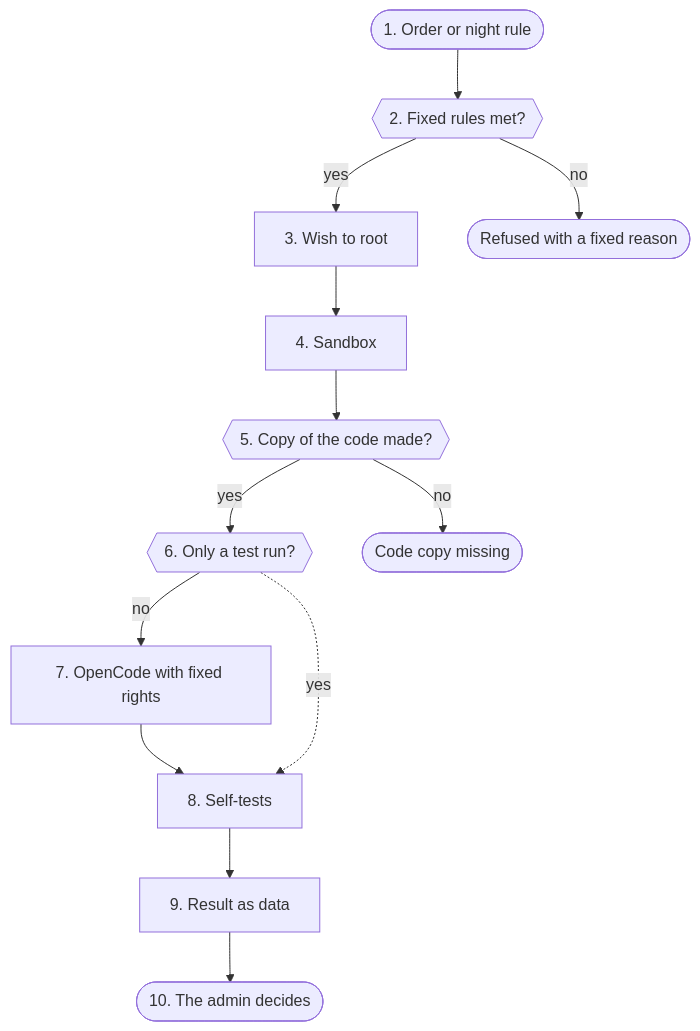
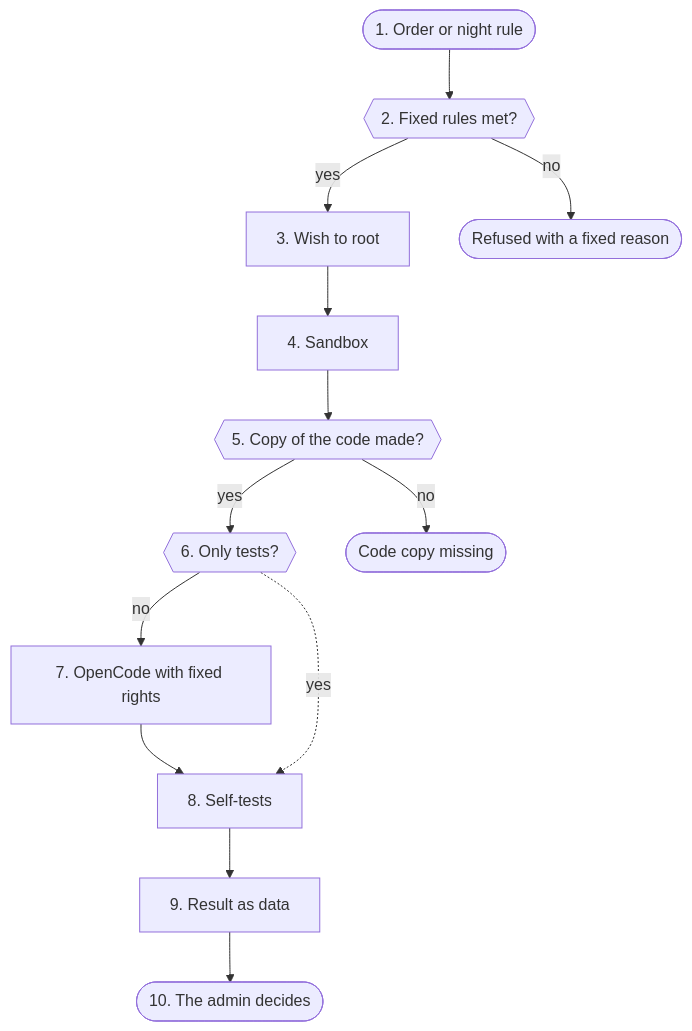
One commit to db9979/speech-on-dgx-spark changed diagram 27 of 28 in docs/en/architecture.md. Above: the diagram before and after it, drawn with Mermaid. The commit also changed other lines of this file and 31 other files, not shown here.

````diff
--- a/docs/en/architecture.md
+++ b/docs/en/architecture.md
@@ -3517,27 +3517,27 @@
 ```mermaid
 flowchart TD
   s1(["1. Order or night rule"])
   s2{{"2. Fixed rules met?"}}
   s3["3. Wish to root"]
   s4["4. Sandbox"]
   s5{{"5. Copy of the code made?"}}
-  s6{{"6. Only a test run?"}}
+  s6{{"6. Only tests?"}}
   s7["7. OpenCode with fixed rights"]
   s8["8. Self-tests"]
   s9["9. Result as data"]
   s10(["10. The admin decides"])
   s1 --> s2
   s2 -->|yes| s3
   s3 --> s4
   s4 --> s5
   s5 -->|yes| s6
   s6 -->|no| s7
   s7 --> s8
   s8 --> s9
   s9 --> s10
   s2x(["Refused with a fixed reason"])
   s2 -->|no| s2x
   s5x(["Code copy missing"])
   s5 -->|no| s5x
   s6 -.->|yes| s8
 ```
````
